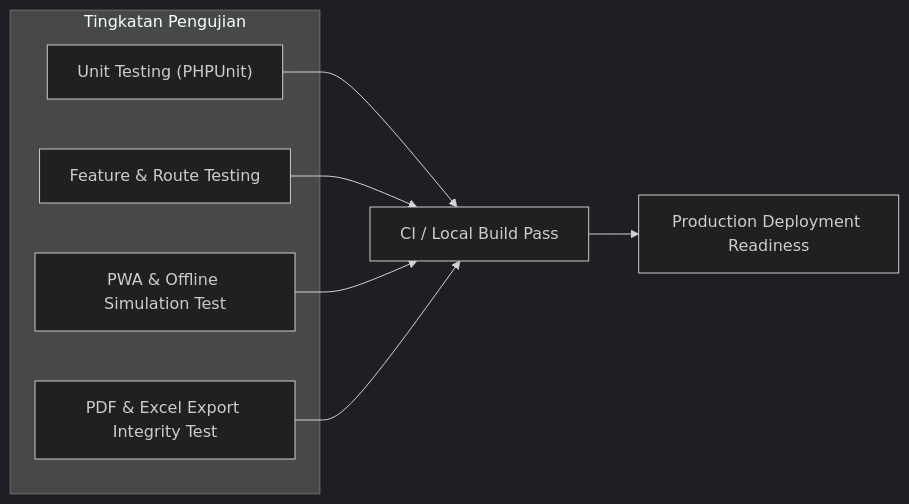
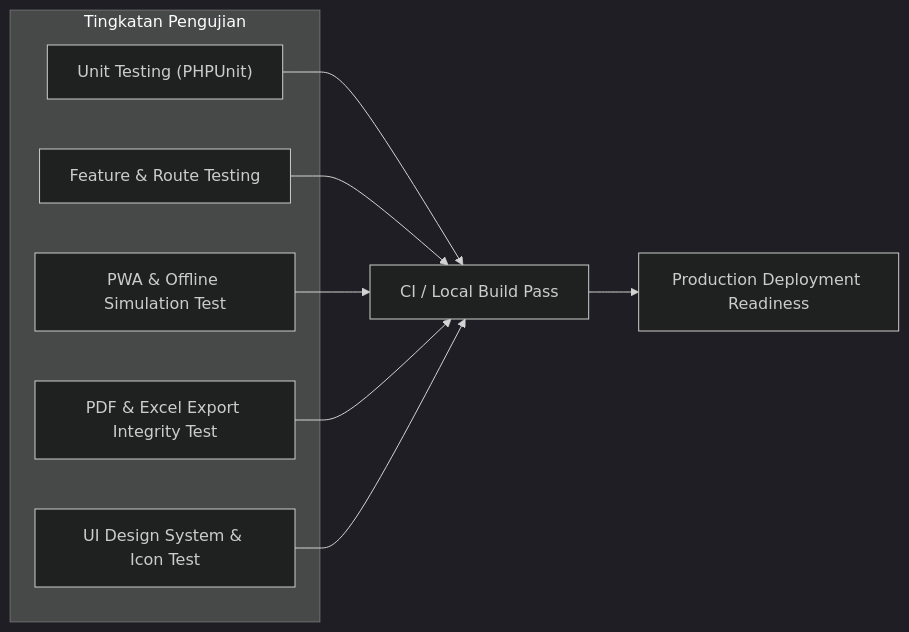
One commit to IhsannulF/Wildlife-Hazard-Management-Logbook-System-AngkasaPura changed the sixth of 6 diagrams in spec.md. Above: the diagram before and after it, drawn with Mermaid (dark theme). The commit also changed other lines of this file and 11 other files, not shown here.

````diff
--- a/spec.md
+++ b/spec.md
@@ -508,15 +682,17 @@
 ```mermaid
 graph LR
     subgraph Test_Levels ["Tingkatan Pengujian"]
         T1["Unit Testing (PHPUnit)"]
         T2["Feature & Route Testing"]
         T3["PWA & Offline Simulation Test"]
         T4["PDF & Excel Export Integrity Test"]
+        T5["UI Design System & Icon Test"]
     end
 
     T1 --> Build["CI / Local Build Pass"]
     T2 --> Build
     T3 --> Build
     T4 --> Build
+    T5 --> Build
     Build --> Deploy["Production Deployment Readiness"]
 ```
````
